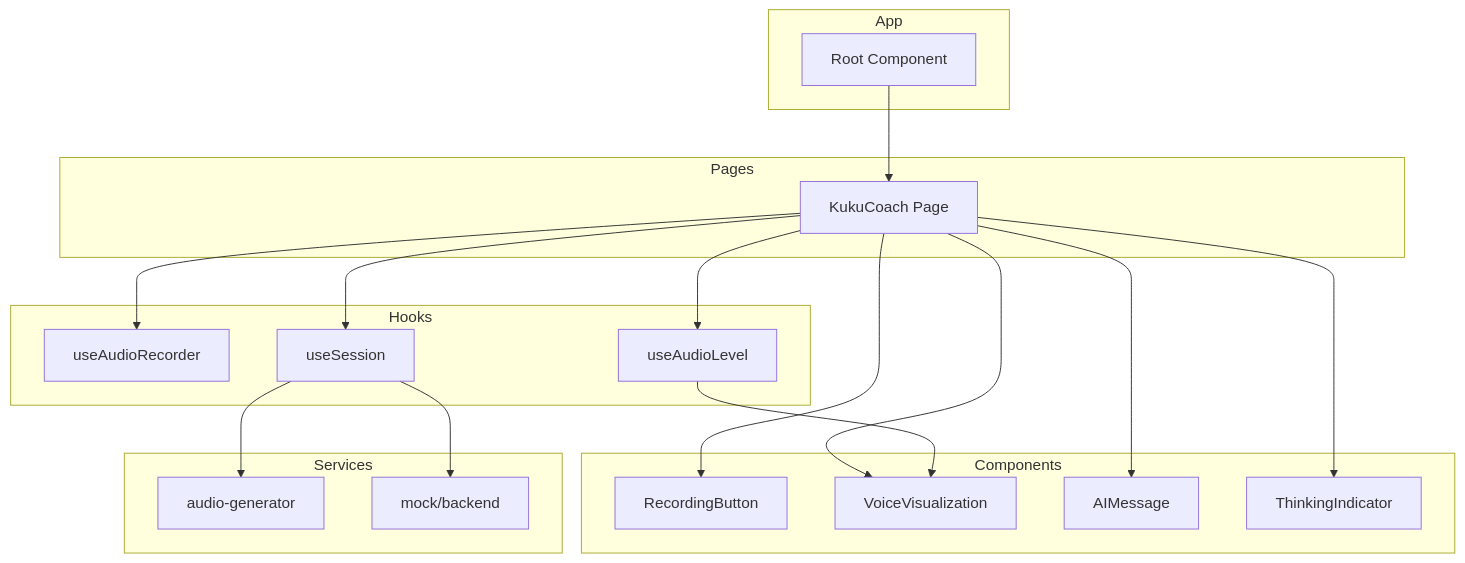
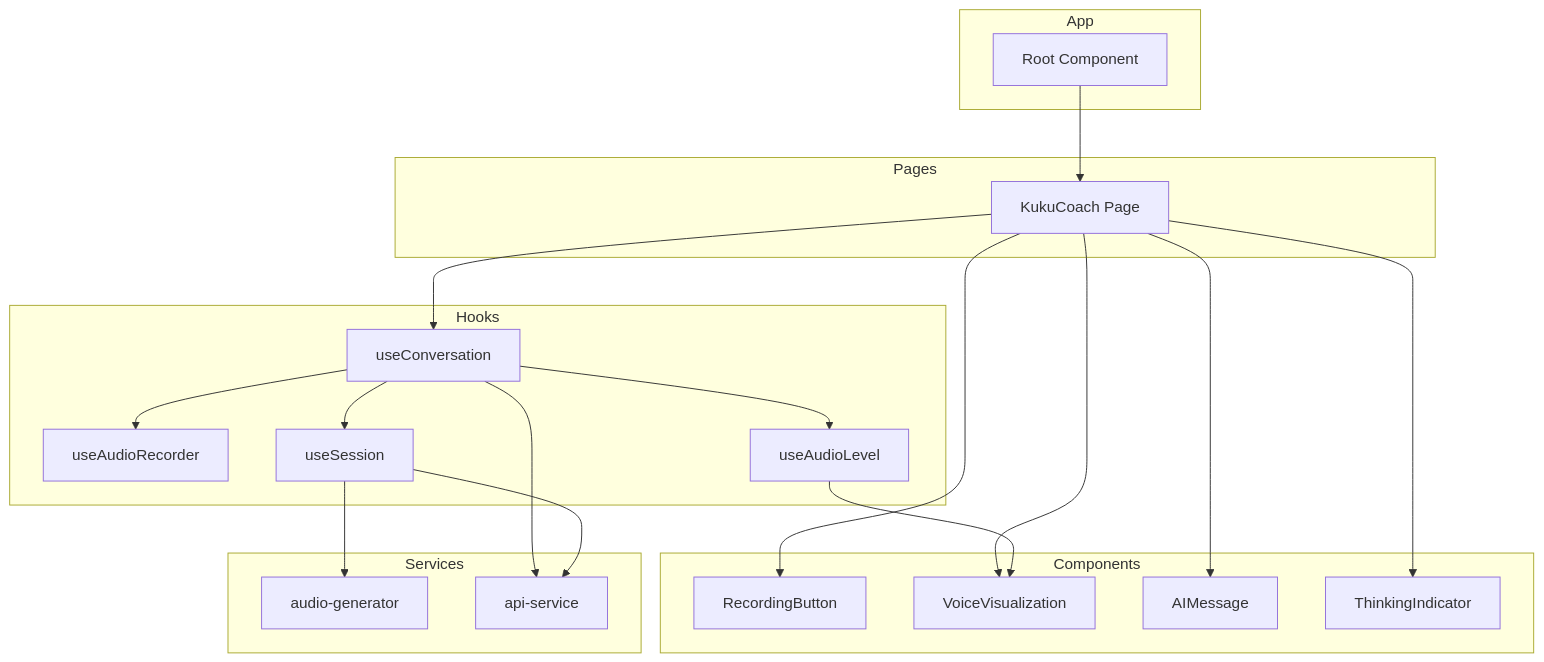
Before and after one commit to beerbear4369/design-to-reality-94: the second of 6 diagrams in memory-bank/systemPatterns.md, drawn with Mermaid. The commit also changed other lines of this file and 65 other files, not shown here.

Commit message:
finish frontend function with REST API integration documentation. next bring the api service live and work on the session ending

````diff
--- a/memory-bank/systemPatterns.md
+++ b/memory-bank/systemPatterns.md
@@ -76,40 +92,43 @@
 ```mermaid
 flowchart TD
     subgraph App
         RC[Root Component]
     end
 
     subgraph Pages
         KC[KukuCoach Page]
     end
 
     subgraph Components
         RB[RecordingButton]
         VV[VoiceVisualization]
         AM[AIMessage]
         TI[ThinkingIndicator]
     end
 
     subgraph Hooks
         UAR[useAudioRecorder]
         UAL[useAudioLevel]
         US[useSession]
+        UC[useConversation]
     end
 
     subgraph Services
         AG[audio-generator]
-        MB[mock/backend]
+        API[api-service]
     end
 
     RC --> KC
     KC --> RB
     KC --> VV
     KC --> AM
     KC --> TI
-    KC --> UAR
-    KC --> UAL
-    KC --> US
+    KC --> UC
+    UC --> UAR
+    UC --> UAL
+    UC --> US
+    UC --> API
     UAL --> VV
-    US --> MB
+    US --> API
     US --> AG
 ```
````
